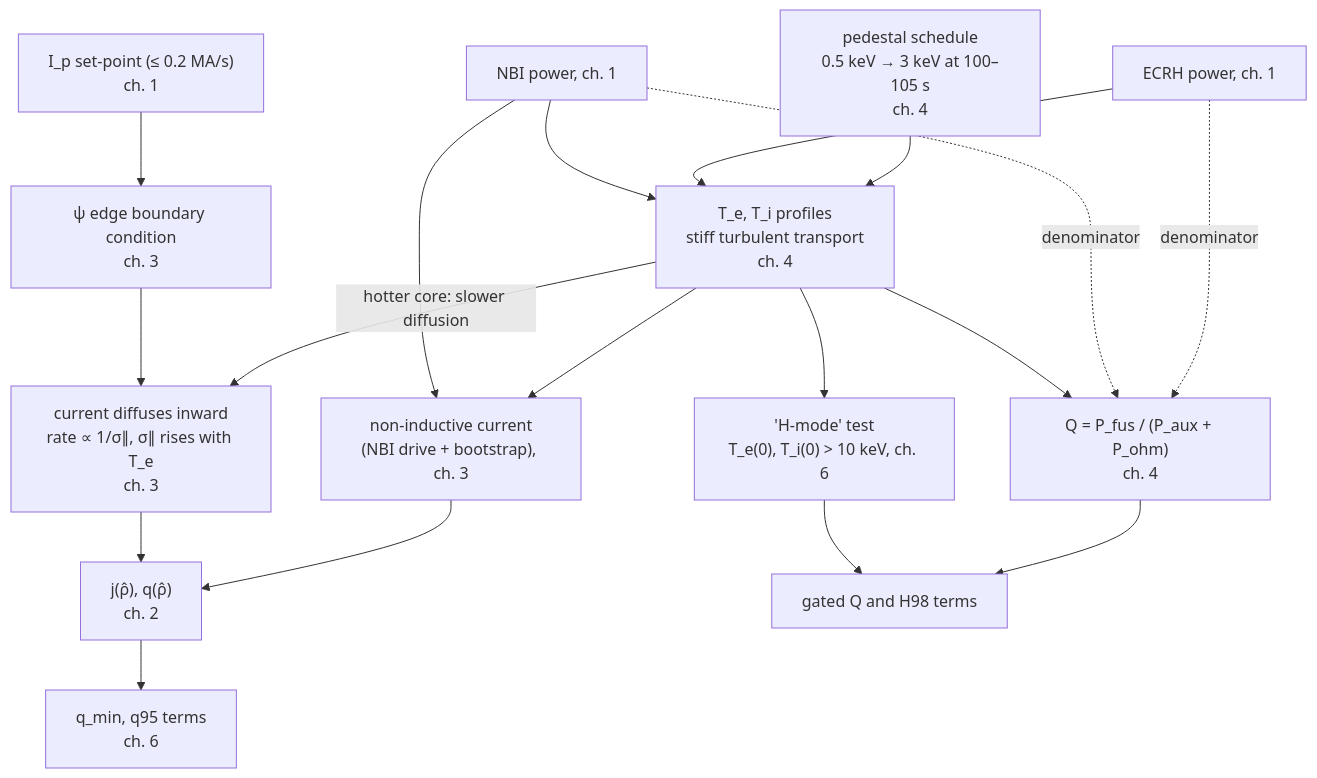
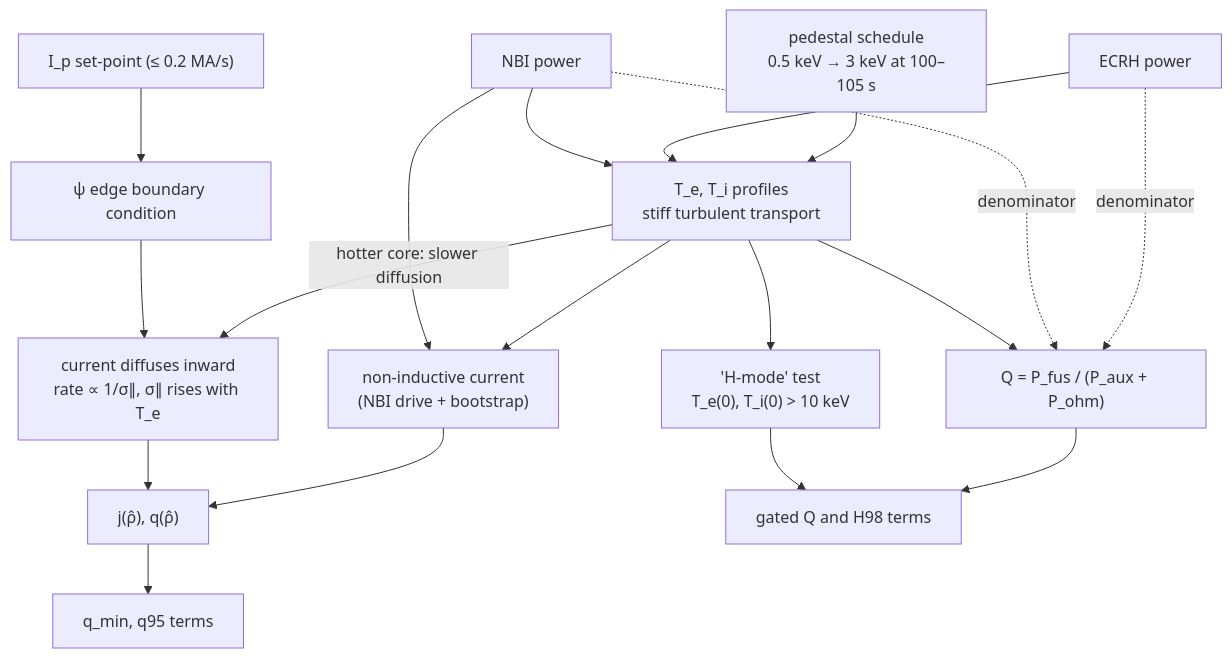
Before and after one commit to leandergrech/rl-tokamak-rampup: the diagram in docs/02-primer.md, drawn with Mermaid. The commit also changed other lines of this file and 38 other files, not shown here.

````diff
--- a/docs/02-primer.md
+++ b/docs/02-primer.md
@@ -72,20 +76,20 @@
 ```mermaid
 flowchart TB
-    IP["I_p set-point (≤ 0.2 MA/s)<br/>ch. 1"] --> BC["ψ edge boundary condition<br/>ch. 3"]
-    BC --> DIFF["current diffuses inward<br/>rate ∝ 1/σ∥, σ∥ rises with T_e<br/>ch. 3"]
-    NBI["NBI power, ch. 1"] --> TE["T_e, T_i profiles<br/>stiff turbulent transport<br/>ch. 4"]
-    ECRH["ECRH power, ch. 1"] --> TE
-    NBI --> JNI["non-inductive current<br/>(NBI drive + bootstrap), ch. 3"]
+    IP["I_p set-point (≤ 0.2 MA/s)"] --> BC["ψ edge boundary condition"]
+    BC --> DIFF["current diffuses inward<br/>rate ∝ 1/σ∥, σ∥ rises with T_e"]
+    NBI["NBI power"] --> TE["T_e, T_i profiles<br/>stiff turbulent transport"]
+    ECRH["ECRH power"] --> TE
+    NBI --> JNI["non-inductive current<br/>(NBI drive + bootstrap)"]
     TE -- "hotter core: slower diffusion" --> DIFF
     TE --> JNI
-    DIFF --> JQ["j(ρ̂), q(ρ̂)<br/>ch. 2"]
+    DIFF --> JQ["j(ρ̂), q(ρ̂)"]
     JNI --> JQ
-    PED["pedestal schedule<br/>0.5 keV → 3 keV at 100–105 s<br/>ch. 4"] --> TE
-    JQ --> RQ["q_min, q95 terms<br/>ch. 6"]
-    TE --> HT["'H-mode' test<br/>T_e(0), T_i(0) > 10 keV, ch. 6"]
-    TE --> QF["Q = P_fus / (P_aux + P_ohm)<br/>ch. 4"]
+    PED["pedestal schedule<br/>0.5 keV → 3 keV at 100–105 s"] --> TE
+    JQ --> RQ["q_min, q95 terms"]
+    TE --> HT["'H-mode' test<br/>T_e(0), T_i(0) > 10 keV"]
+    TE --> QF["Q = P_fus / (P_aux + P_ohm)"]
     NBI -. "denominator" .-> QF
     ECRH -. "denominator" .-> QF
     HT --> RG["gated Q and H98 terms"]
     QF --> RG
 ```
````
